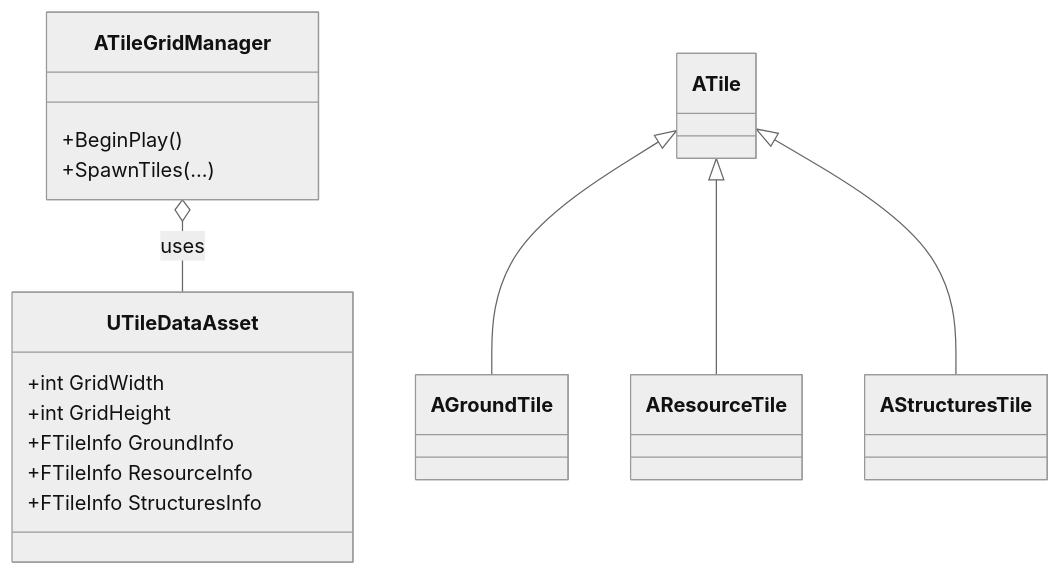
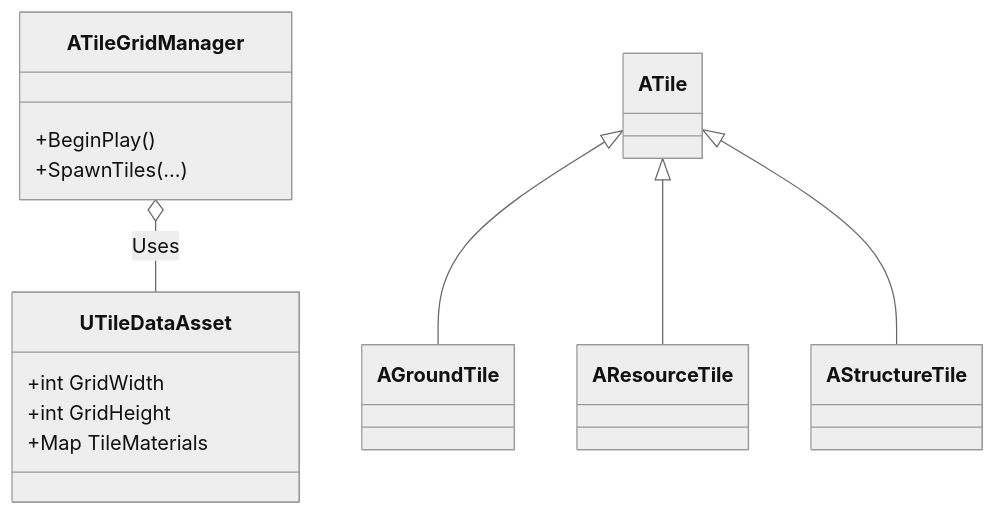
The second of 4 diagrams in README.md (WJMcode/MBFactorio), drawn with Mermaid (neutral theme) before and after one commit.

````diff
--- a/README.md
+++ b/README.md
@@ -41,24 +41,20 @@
 ```mermaid
 classDiagram
-    %% 매니저와 데이터 에셋 관계
-    ATileGridManager o-- UTileDataAsset : uses
+  ATileGridManager o-- UTileDataAsset : Uses
+  ATileGridManager : +BeginPlay()
+  ATileGridManager : +SpawnTiles(...)
 
-    %% 매니저 메서드
-    ATileGridManager : +BeginPlay()
-    ATileGridManager : +SpawnTiles(...)
+  class UTileDataAsset {
+    +int GridWidth
+    +int GridHeight
+    +Map<ETileType, UMaterialInstance[]> TileMaterials
+  }
 
-    %% 데이터 에셋 주요 속성
-    UTileDataAsset : +int GridWidth
-    UTileDataAsset : +int GridHeight
-    UTileDataAsset : +FTileInfo GroundInfo
-    UTileDataAsset : +FTileInfo ResourceInfo
-    UTileDataAsset : +FTileInfo StructuresInfo
+  class ATile
+  ATile <|-- AGroundTile
+  ATile <|-- AResourceTile
+  ATile <|-- AStructureTile
 
-    %% Tile 계층 구조
-    class ATile
-    ATile <|-- AGroundTile
-    ATile <|-- AResourceTile
-    ATile <|-- AStructuresTile
 
 
 ```
````
